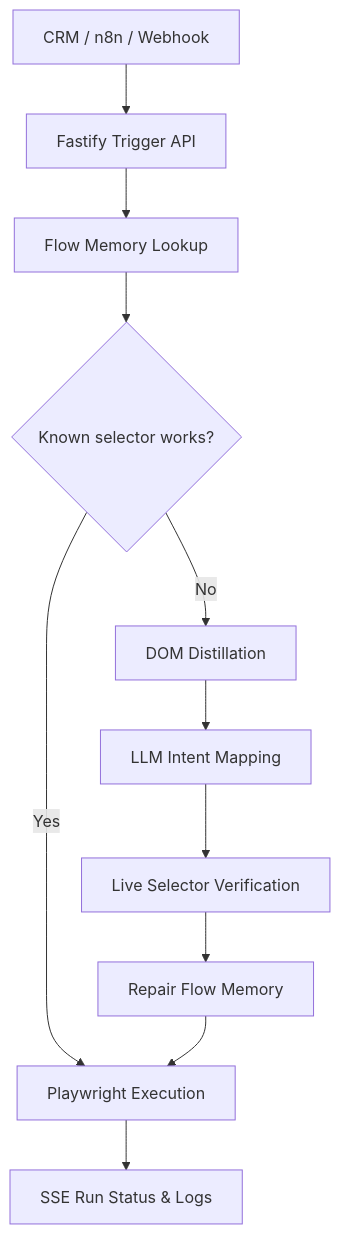
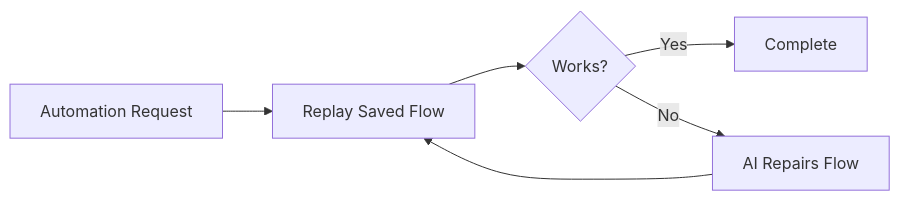
One commit to himanshupal2005/himanshupal2005 changed the diagram in README.md. Above: the diagram before and after it, drawn with Mermaid.

Commit message:
Simplify self-healing harness architecture diagram

````diff
--- a/README.md
+++ b/README.md
@@ -98,13 +98,8 @@
 ```mermaid
-flowchart TD
-    A[CRM / n8n / Webhook] --> B[Fastify Trigger API]
-    B --> C[Flow Memory Lookup]
-    C --> D{Known selector works?}
-    D -- Yes --> E[Playwright Execution]
-    D -- No --> F[DOM Distillation]
-    F --> G[LLM Intent Mapping]
-    G --> H[Live Selector Verification]
-    H --> I[Repair Flow Memory]
-    I --> E
-    E --> J[SSE Run Status & Logs]
+flowchart LR
+    A[Automation Request] --> B[Replay Saved Flow]
+    B --> C{Works?}
+    C -- Yes --> D[Complete]
+    C -- No --> E[AI Repairs Flow]
+    E --> B
 ```
````
